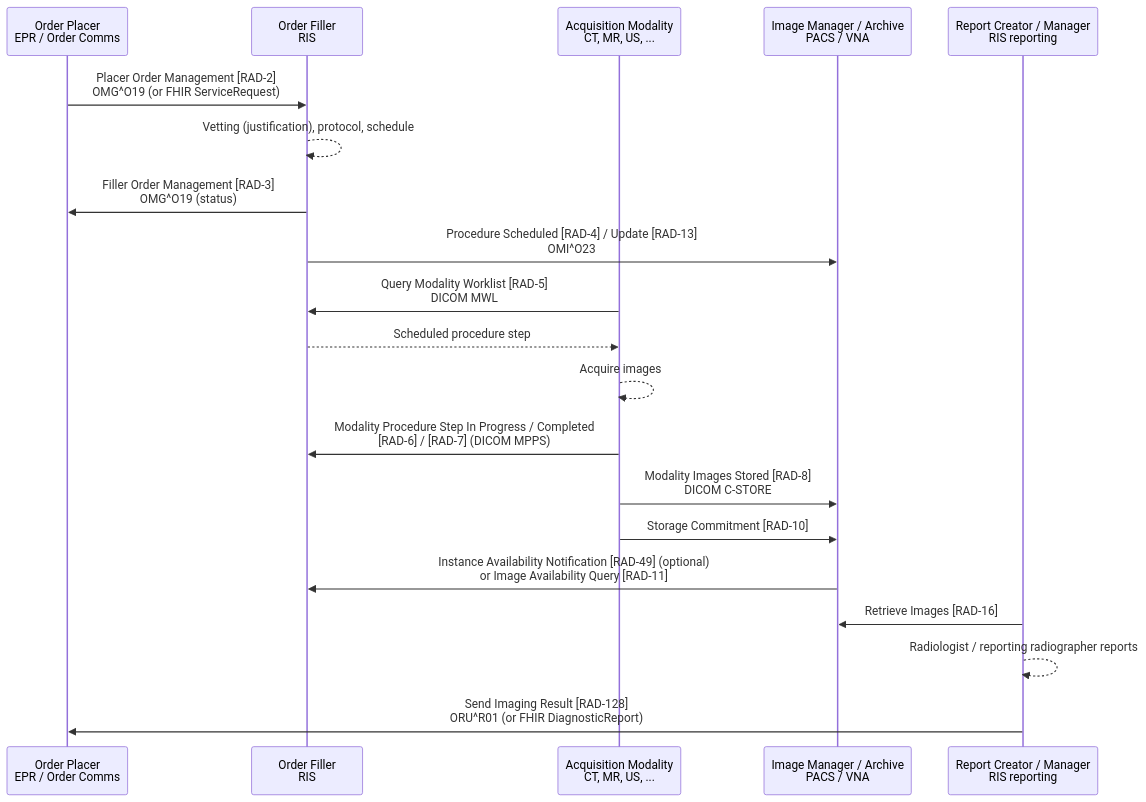
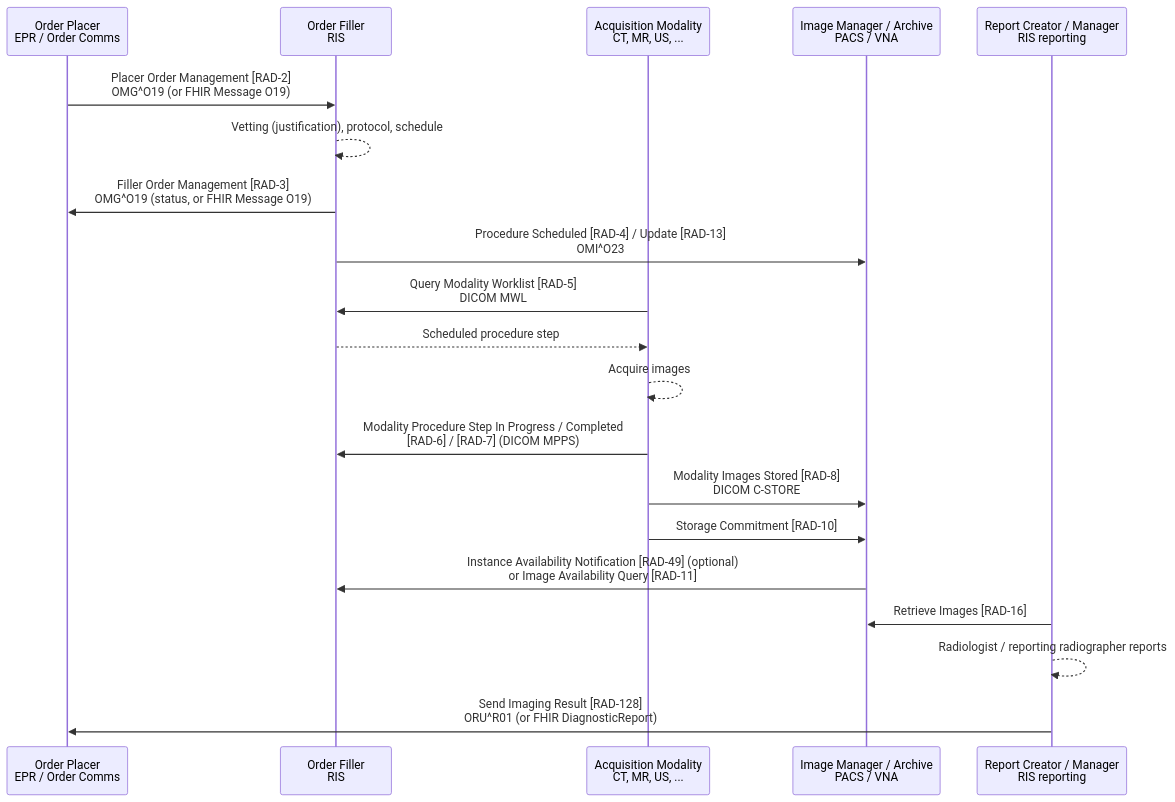
One commit to KevinMayfield/Imaging changed the second of 2 diagrams in input/pagecontent/SWF.md. Above: the diagram before and after it, drawn with Mermaid. The commit also changed other lines of this file and 8 other files, not shown here.

First line of the commit message:
Add RAD-128 FHIR mapping and Imaging Order (O19) FHIR Message

````diff
--- a/input/pagecontent/SWF.md
+++ b/input/pagecontent/SWF.md
@@ -75,23 +75,23 @@
 ```mermaid
 sequenceDiagram
     participant OP as Order Placer<br/>EPR / Order Comms
     participant OF as Order Filler<br/>RIS
     participant MOD as Acquisition Modality<br/>CT, MR, US, ...
     participant IM as Image Manager / Archive<br/>PACS / VNA
     participant RC as Report Creator / Manager<br/>RIS reporting
 
-    OP ->> OF: Placer Order Management [RAD-2]<br/>OMG^O19 (or FHIR ServiceRequest)
+    OP ->> OF: Placer Order Management [RAD-2]<br/>OMG^O19 (or FHIR Message O19)
     OF -->> OF: Vetting (justification), protocol, schedule
-    OF ->> OP: Filler Order Management [RAD-3]<br/>OMG^O19 (status)
+    OF ->> OP: Filler Order Management [RAD-3]<br/>OMG^O19 (status, or FHIR Message O19)
     OF ->> IM: Procedure Scheduled [RAD-4] / Update [RAD-13]<br/>OMI^O23
     MOD ->> OF: Query Modality Worklist [RAD-5]<br/>DICOM MWL
     OF -->> MOD: Scheduled procedure step
     MOD -->> MOD: Acquire images
     MOD ->> OF: Modality Procedure Step In Progress / Completed<br/>[RAD-6] / [RAD-7] (DICOM MPPS)
     MOD ->> IM: Modality Images Stored [RAD-8]<br/>DICOM C-STORE
     MOD ->> IM: Storage Commitment [RAD-10]
     IM ->> OF: Instance Availability Notification [RAD-49] (optional)<br/>or Image Availability Query [RAD-11]
     RC ->> IM: Retrieve Images [RAD-16]
     RC -->> RC: Radiologist / reporting radiographer reports
     RC ->> OP: Send Imaging Result [RAD-128]<br/>ORU^R01 (or FHIR DiagnosticReport)
 ```
````
